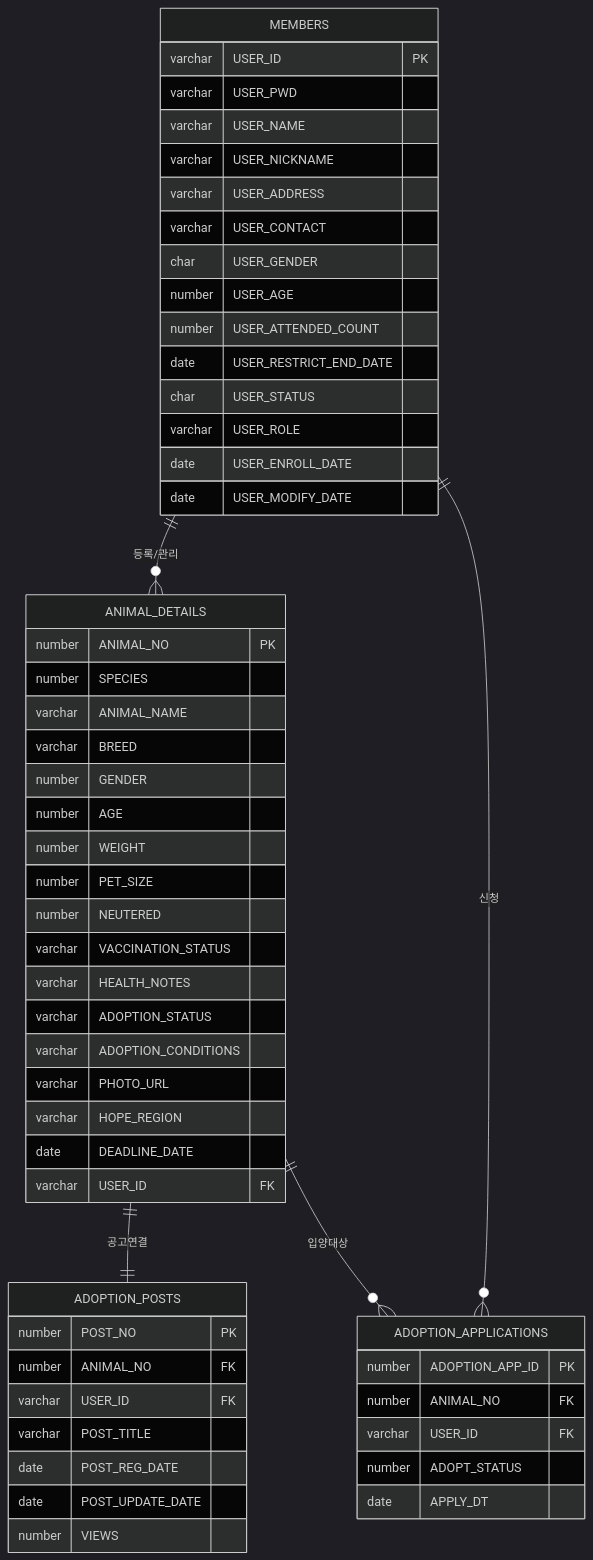
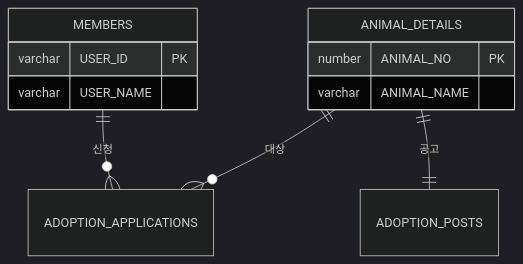
The second of 6 diagrams in erd.md (KJH-Portfolio/202511-stray-dog-volunteer), drawn with Mermaid (dark theme) before and after one commit. The commit also changed other lines of this file and 1 other file, not shown here.

````diff
--- a/erd.md
+++ b/erd.md
@@ -425,58 +433,15 @@
 ```mermaid
 erDiagram
+    MEMBERS ||--o{ ADOPTION_APPLICATIONS : "신청"
+    ANIMAL_DETAILS ||--o{ ADOPTION_APPLICATIONS : "대상"
+    ANIMAL_DETAILS ||--|| ADOPTION_POSTS : "공고"
+    
     MEMBERS {
         varchar USER_ID PK
-        varchar USER_PWD
         varchar USER_NAME
-        varchar USER_NICKNAME
-        varchar USER_ADDRESS
-        varchar USER_CONTACT
-        char    USER_GENDER
-        number  USER_AGE
-        number  USER_ATTENDED_COUNT
-        date    USER_RESTRICT_END_DATE
-        char    USER_STATUS
-        varchar USER_ROLE
-        date    USER_ENROLL_DATE
-        date    USER_MODIFY_DATE
     }
     ANIMAL_DETAILS {
         number ANIMAL_NO PK
-        number SPECIES
         varchar ANIMAL_NAME
-        varchar BREED
-        number GENDER
-        number AGE
-        number WEIGHT
-        number PET_SIZE
-        number NEUTERED
-        varchar VACCINATION_STATUS
-        varchar HEALTH_NOTES
-        varchar ADOPTION_STATUS
-        varchar ADOPTION_CONDITIONS
-        varchar PHOTO_URL
-        varchar HOPE_REGION
-        date    DEADLINE_DATE
-        varchar USER_ID FK
     }
-    ADOPTION_POSTS {
-        number POST_NO PK
-        number ANIMAL_NO FK
-        varchar USER_ID FK
-        varchar POST_TITLE
-        date    POST_REG_DATE
-        date    POST_UPDATE_DATE
-        number VIEWS
-    }
-    ADOPTION_APPLICATIONS {
-        number ADOPTION_APP_ID PK
-        number ANIMAL_NO FK
-        varchar USER_ID FK
-        number ADOPT_STATUS
-        date    APPLY_DT
-    }
-    MEMBERS ||--o{ ANIMAL_DETAILS : "등록/관리"
-    ANIMAL_DETAILS ||--|| ADOPTION_POSTS : "공고연결"
-    ANIMAL_DETAILS ||--o{ ADOPTION_APPLICATIONS : "입양대상"
-    MEMBERS ||--o{ ADOPTION_APPLICATIONS : "신청"
 ```
````
